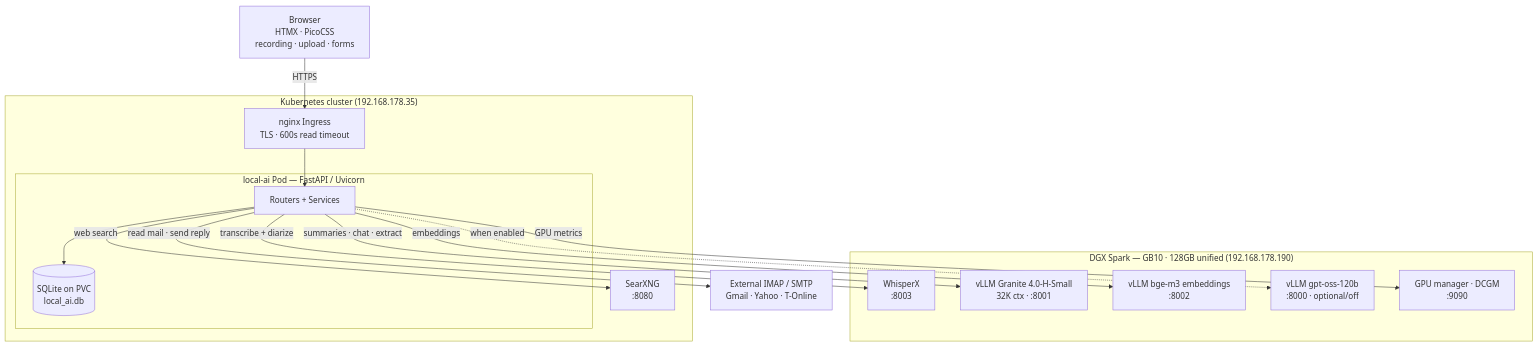
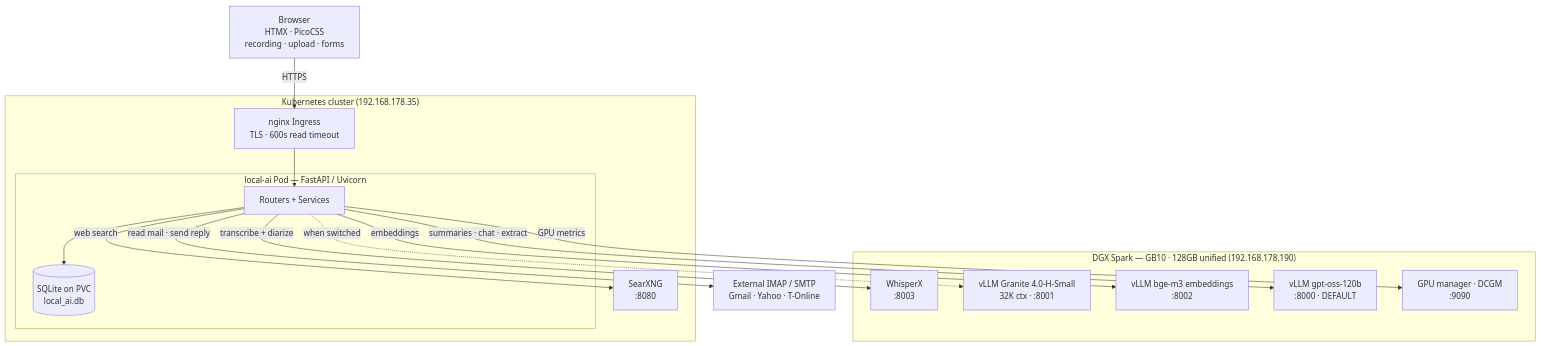
Before and after one commit to buchmann/meetingminutes: the first of 3 diagrams in docs/architecture.md, drawn with Mermaid. The commit also changed other lines of this file and 2 other files, not shown here.

First line of the commit message:
docs: reflect gpt-oss-120b as the default LLM (was Granite)

````diff
--- a/docs/architecture.md
+++ b/docs/architecture.md
@@ -84,33 +84,33 @@
 ```mermaid
 flowchart TB
     B["Browser<br/>HTMX · PicoCSS<br/>recording · upload · forms"]
 
     subgraph K8S["Kubernetes cluster (192.168.178.35)"]
         ING["nginx Ingress<br/>TLS · 600s read timeout"]
         subgraph POD["local-ai Pod &mdash; FastAPI / Uvicorn"]
             API["Routers + Services"]
             DBV[("SQLite on PVC<br/>local_ai.db")]
         end
         SX["SearXNG<br/>:8080"]
     end
 
     subgraph SPARK["DGX Spark &mdash; GB10 · 128GB unified (192.168.178.190)"]
         WX["WhisperX<br/>:8003"]
         GR["vLLM Granite 4.0-H-Small<br/>32K ctx · :8001"]
         EM["vLLM bge-m3 embeddings<br/>:8002"]
-        OSS["vLLM gpt-oss-120b<br/>:8000 · optional/off"]
+        OSS["vLLM gpt-oss-120b<br/>:8000 · DEFAULT"]
         GPU["GPU manager · DCGM<br/>:9090"]
     end
 
     EXT["External IMAP / SMTP<br/>Gmail · Yahoo · T-Online"]
 
     B -->|HTTPS| ING --> API
     API --> DBV
     API -->|web search| SX
     API -->|transcribe + diarize| WX
-    API -->|summaries · chat · extract| GR
-    API -.->|when enabled| OSS
+    API -->|summaries · chat · extract| OSS
+    API -.->|when switched| GR
     API -->|embeddings| EM
     API -->|GPU metrics| GPU
     API -->|read mail · send reply| EXT
 ```
````
